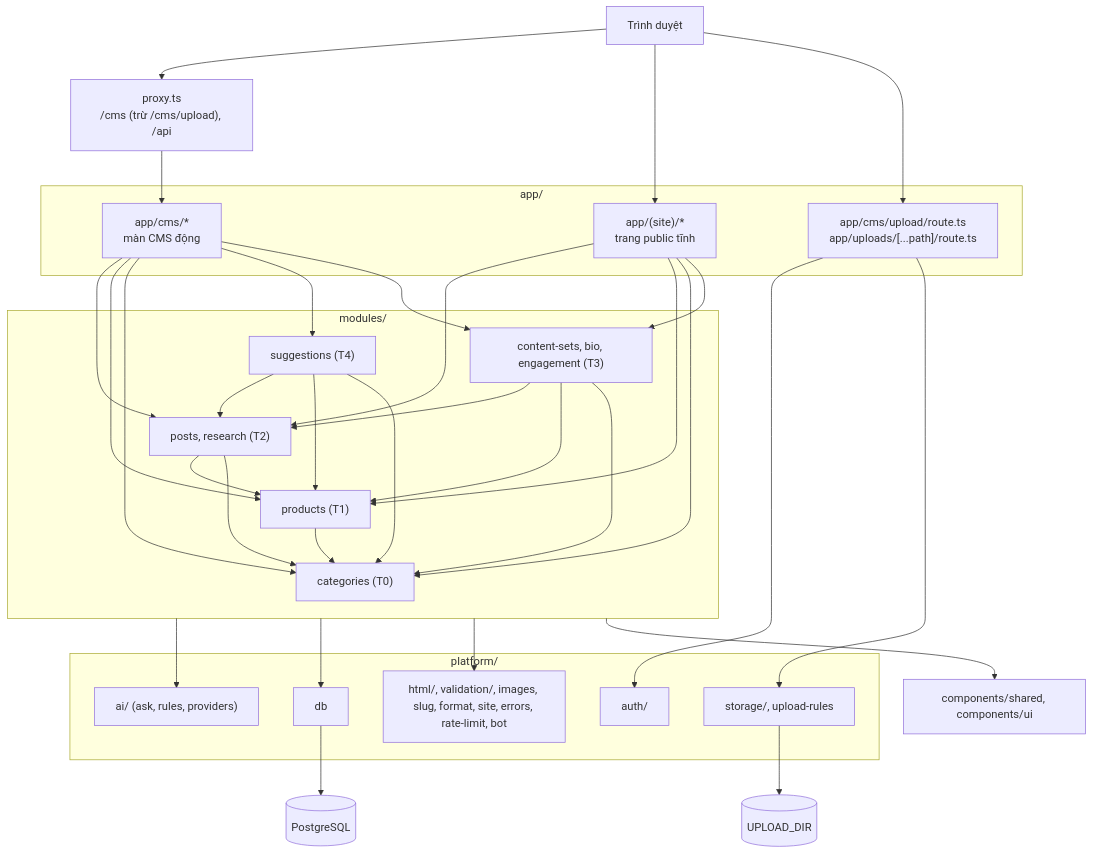
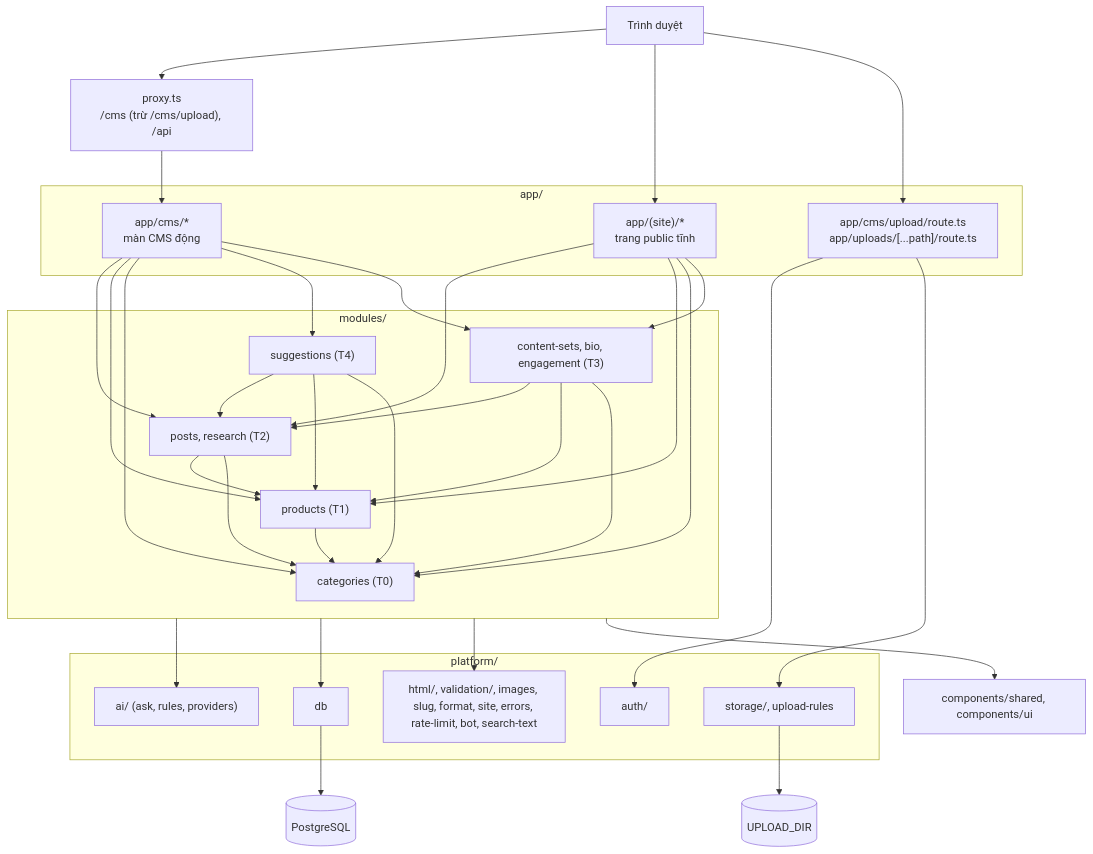
Before and after one commit to lqvinh1205/affiliate-project: the diagram in docs/kien-truc-codebase.md, drawn with Mermaid. The commit also changed other lines of this file and 59 other files, not shown here.

````diff
--- a/docs/kien-truc-codebase.md
+++ b/docs/kien-truc-codebase.md
@@ -24,56 +24,56 @@
 ```mermaid
 flowchart TD
   U["Trình duyệt"] --> P["proxy.ts<br/>/cms (trừ /cms/upload), /api"]
   subgraph Routes["app/"]
     S["app/(site)/*<br/>trang public tĩnh"]
     C["app/cms/*<br/>màn CMS động"]
     UP["app/cms/upload/route.ts<br/>app/uploads/[...path]/route.ts"]
   end
   subgraph Modules["modules/"]
     MC["categories (T0)"]
     MPR["products (T1)"]
     MPO["posts, research (T2)"]
     MCS["content-sets, bio, engagement (T3)"]
     MSU["suggestions (T4)"]
   end
   subgraph Platform["platform/"]
     PD["db"]
     PA["auth/"]
     PAI["ai/ (ask, rules, providers)"]
     PS["storage/, upload-rules"]
-    PO["html/, validation/, images, slug, format, site, errors, rate-limit, bot"]
+    PO["html/, validation/, images, slug, format, site, errors, rate-limit, bot, search-text"]
   end
   SH["components/shared, components/ui"]
   DB[("PostgreSQL")]
   DISK[("UPLOAD_DIR")]
 
   U --> S
   U --> UP
   P --> C
   S --> MPO
   S --> MPR
   S --> MC
   C --> MPO
   C --> MPR
   C --> MC
   C --> MSU
   C --> MCS
   MSU --> MPO
   MSU --> MPR
   MSU --> MC
   MCS --> MPO
   MCS --> MPR
   MCS --> MC
   S --> MCS
   Modules --> PAI
   MPO --> MPR
   MPO --> MC
   MPR --> MC
   Modules --> PD
   Modules --> PO
   Modules --> SH
   UP --> PA
   UP --> PS
   PS --> DISK
   PD --> DB
 ```
````
